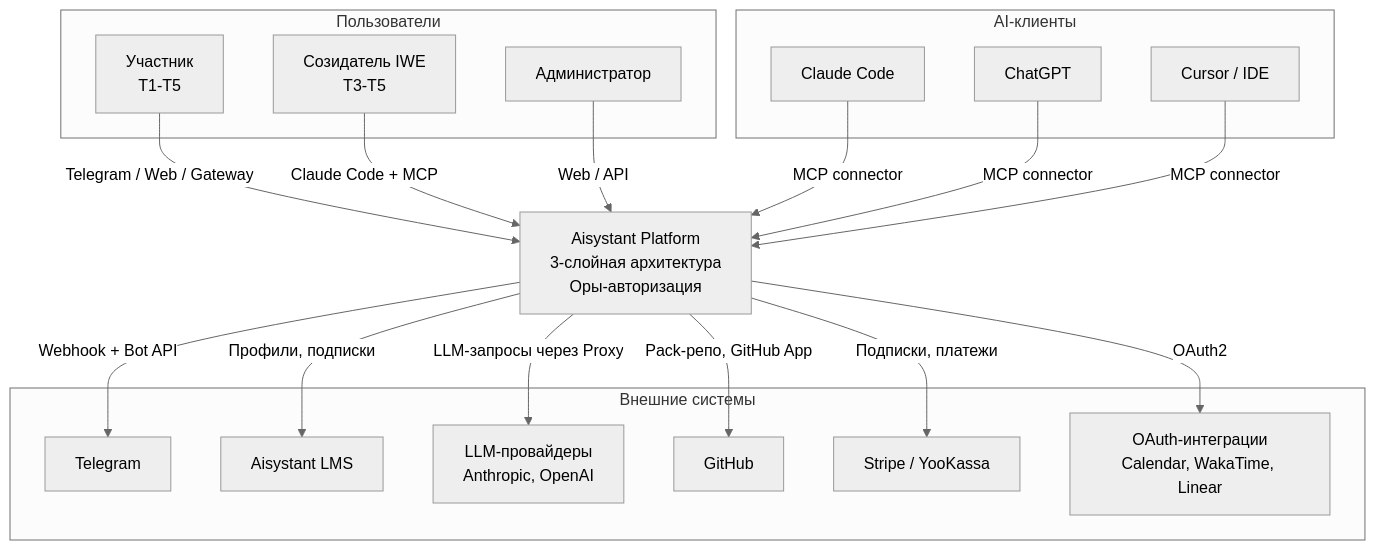
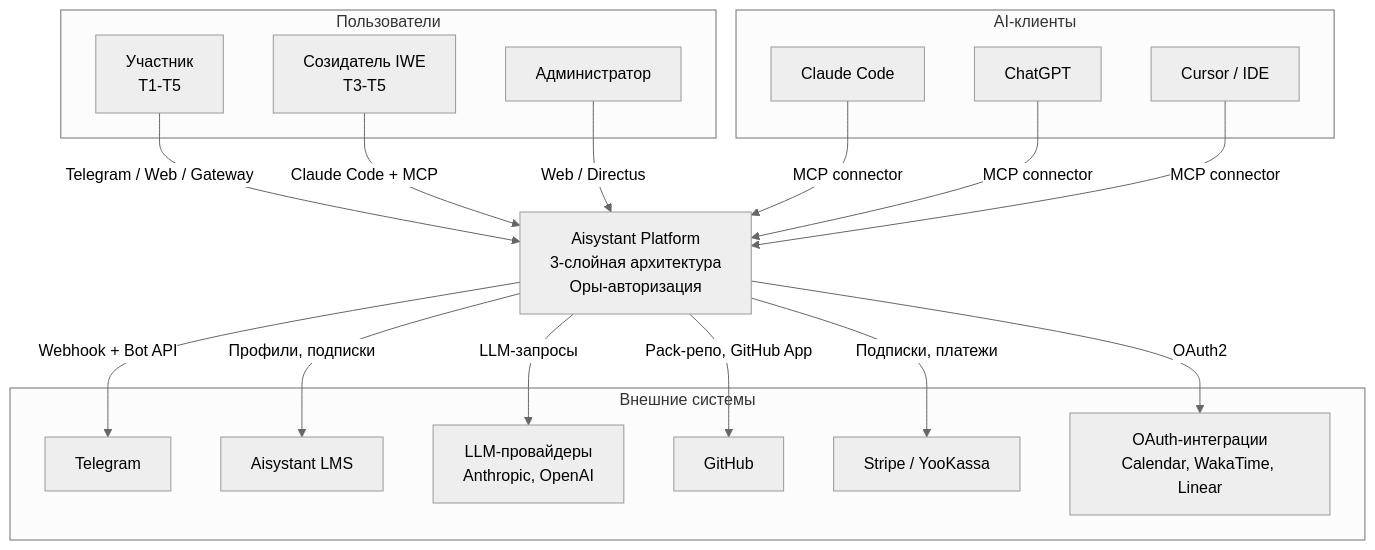
Before and after one commit to TserenTserenov/DS-ecosystem-development: the first of 5 diagrams in C.IT-Platform/C2.IT-Platform/C2.2.Architecture/Stack-and-Infrastructure/c4-platform.md, drawn with Mermaid (neutral theme). The commit also changed other lines of this file, not shown here.

First line of the commit message:
fix: WP-158 верификация — +Directus/Metabase, FSM/LLM Proxy planned, Backend Registry, S-6

````diff
--- a/C.IT-Platform/C2.IT-Platform/C2.2.Architecture/Stack-and-Infrastructure/c4-platform.md
+++ b/C.IT-Platform/C2.IT-Platform/C2.2.Architecture/Stack-and-Infrastructure/c4-platform.md
@@ -23,40 +23,40 @@
 ```mermaid
 flowchart TB
     subgraph users ["Пользователи"]
         learner["Участник\nT1-T5"]
         creator["Созидатель IWE\nT3-T5"]
         admin["Администратор"]
     end
 
     platform["Aisystant Platform\n3-слойная архитектура\nОры-авторизация"]
 
     subgraph external ["Внешние системы"]
         telegram["Telegram"]
         lms["Aisystant LMS"]
         llm_providers["LLM-провайдеры\nAnthropic, OpenAI"]
         github["GitHub"]
         payments["Stripe / YooKassa"]
         oauth_vendors["OAuth-интеграции\nCalendar, WakaTime, Linear"]
     end
 
     subgraph ai_clients ["AI-клиенты"]
         claude_code["Claude Code"]
         chatgpt["ChatGPT"]
         cursor["Cursor / IDE"]
     end
 
     learner -- "Telegram / Web / Gateway" --> platform
     creator -- "Claude Code + MCP" --> platform
-    admin -- "Web / API" --> platform
+    admin -- "Web / Directus" --> platform
 
     claude_code -- "MCP connector" --> platform
     chatgpt -- "MCP connector" --> platform
     cursor -- "MCP connector" --> platform
 
     platform -- "Webhook + Bot API" --> telegram
     platform -- "Профили, подписки" --> lms
-    platform -- "LLM-запросы через Proxy" --> llm_providers
+    platform -- "LLM-запросы" --> llm_providers
     platform -- "Pack-репо, GitHub App" --> github
     platform -- "Подписки, платежи" --> payments
     platform -- "OAuth2" --> oauth_vendors
 ```
````
